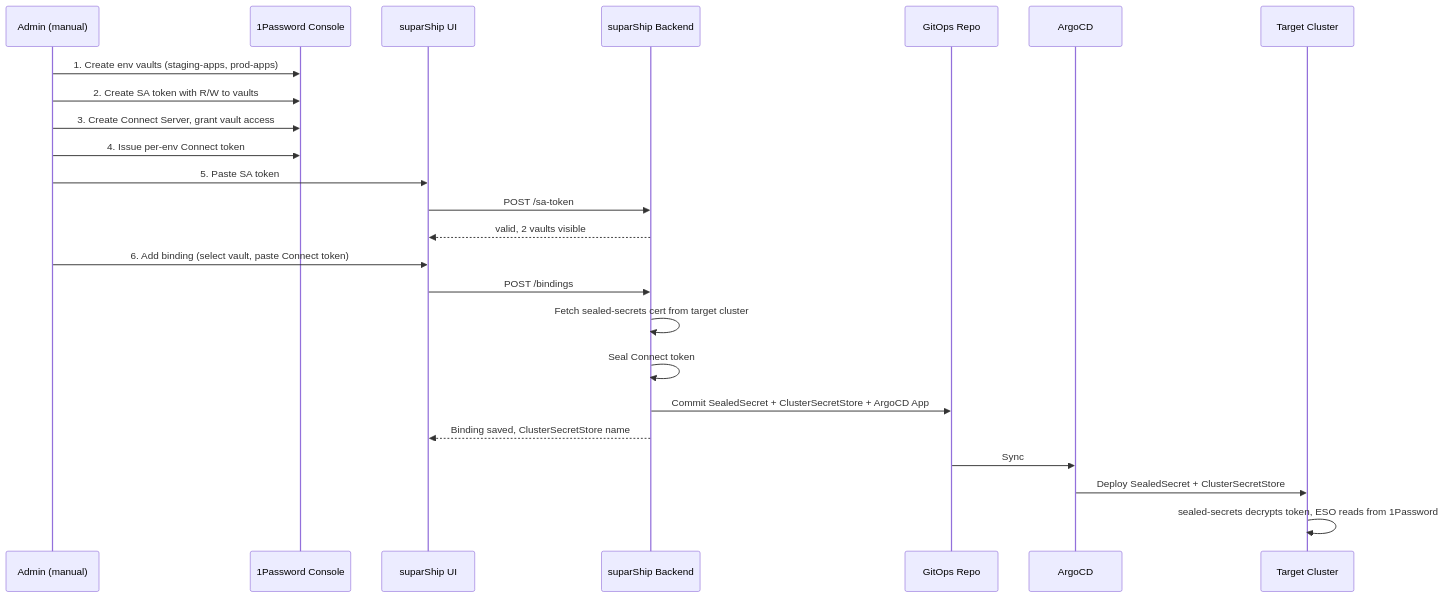
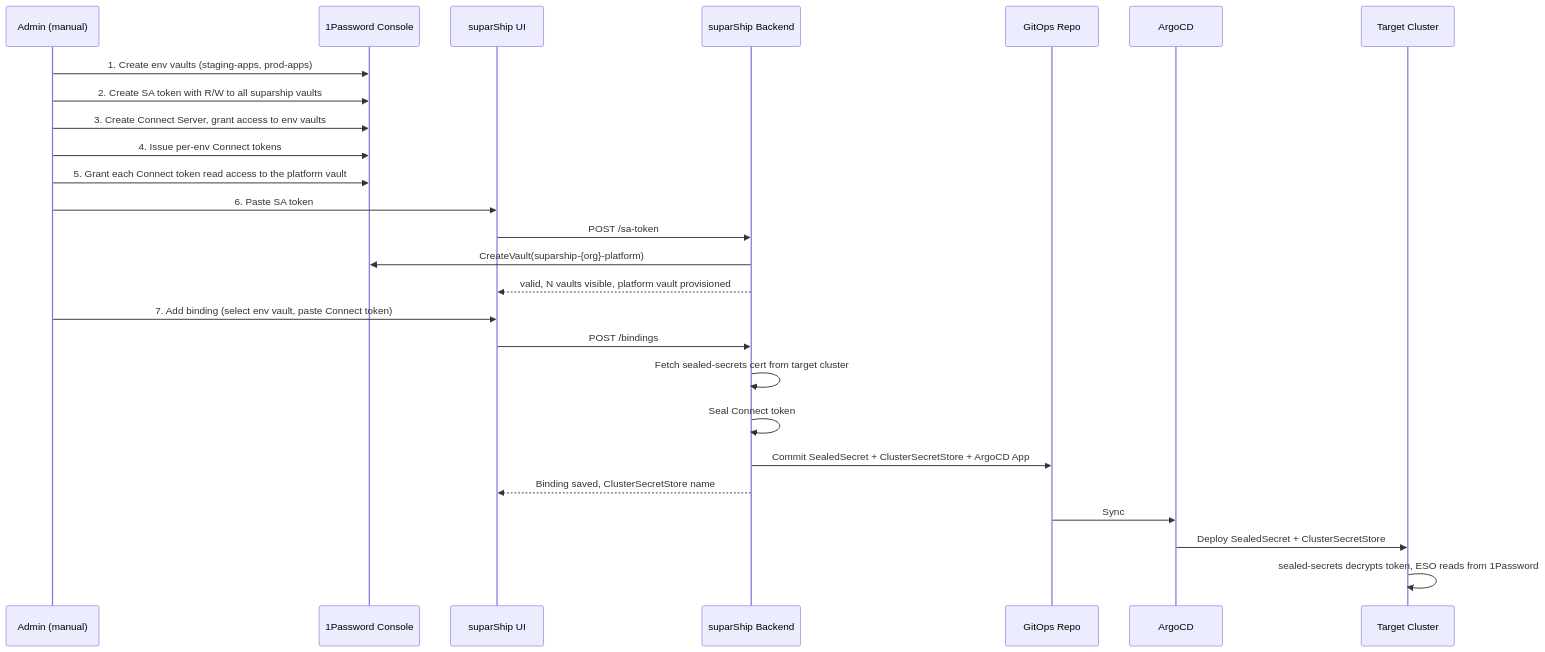
Before and after one commit to suparcloud/suparship: the first of 2 diagrams in docs/secrets.md, drawn with Mermaid. The commit also changed other lines of this file, not shown here.

````diff
--- a/docs/secrets.md
+++ b/docs/secrets.md
@@ -15,27 +29,29 @@
 ```mermaid
 sequenceDiagram
     participant Admin as Admin (manual)
     participant OP as 1Password Console
     participant UI as suparShip UI
     participant API as suparShip Backend
     participant Git as GitOps Repo
     participant Argo as ArgoCD
     participant Target as Target Cluster
 
     Admin->>OP: 1. Create env vaults (staging-apps, prod-apps)
-    Admin->>OP: 2. Create SA token with R/W to vaults
-    Admin->>OP: 3. Create Connect Server, grant vault access
-    Admin->>OP: 4. Issue per-env Connect token
-    Admin->>UI: 5. Paste SA token
+    Admin->>OP: 2. Create SA token with R/W to all suparship vaults
+    Admin->>OP: 3. Create Connect Server, grant access to env vaults
+    Admin->>OP: 4. Issue per-env Connect tokens
+    Admin->>OP: 5. Grant each Connect token read access to the platform vault
+    Admin->>UI: 6. Paste SA token
     UI->>API: POST /sa-token
-    API-->>UI: valid, 2 vaults visible
-    Admin->>UI: 6. Add binding (select vault, paste Connect token)
+    API->>OP: CreateVault(suparship-{org}-platform)
+    API-->>UI: valid, N vaults visible, platform vault provisioned
+    Admin->>UI: 7. Add binding (select env vault, paste Connect token)
     UI->>API: POST /bindings
     API->>API: Fetch sealed-secrets cert from target cluster
     API->>API: Seal Connect token
     API->>Git: Commit SealedSecret + ClusterSecretStore + ArgoCD App
     API-->>UI: Binding saved, ClusterSecretStore name
     Git->>Argo: Sync
     Argo->>Target: Deploy SealedSecret + ClusterSecretStore
     Target->>Target: sealed-secrets decrypts token, ESO reads from 1Password
 ```
````
